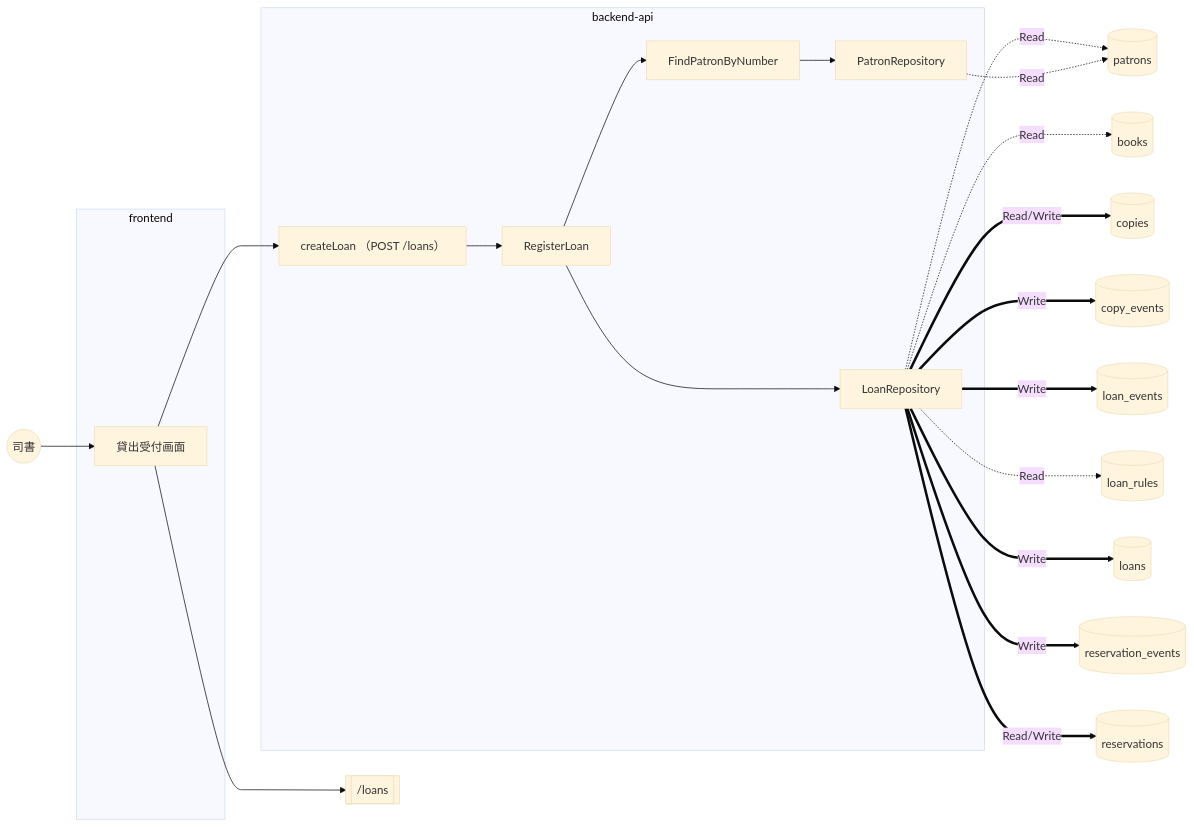
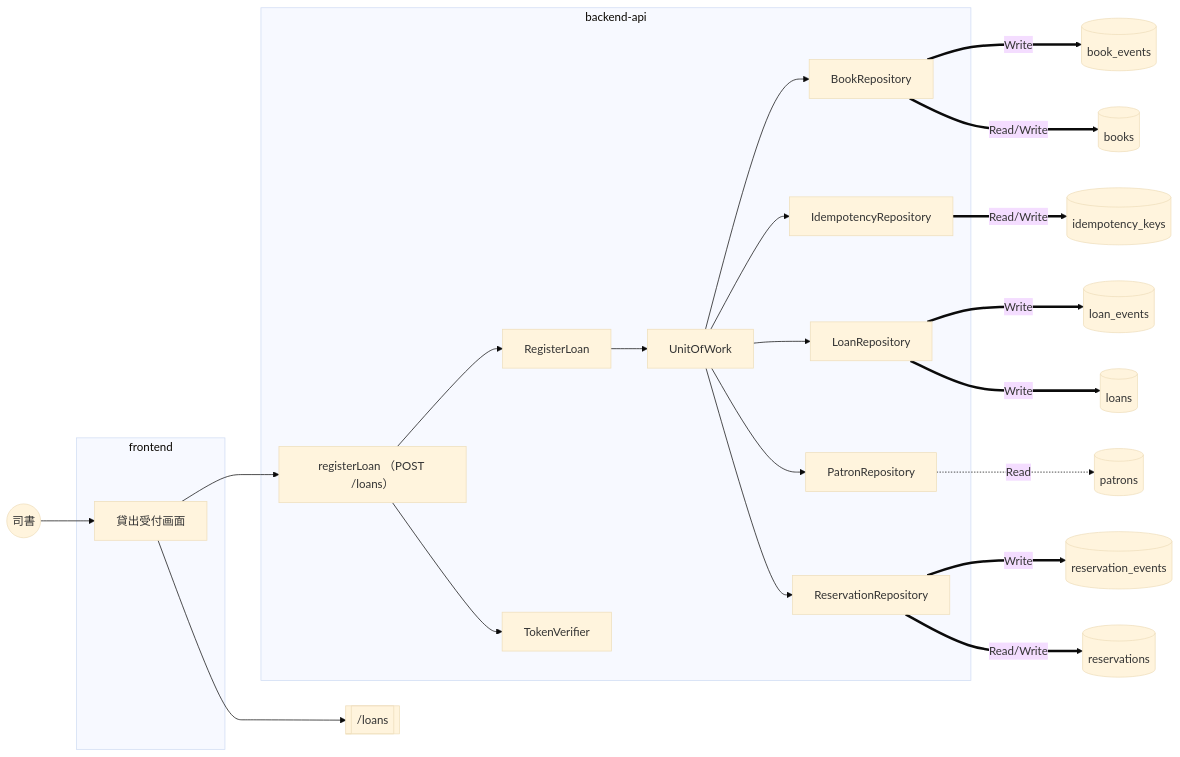
The second of 2 diagrams in samples/distillery2/library-loan/docs/as-built/貸出業務/貸出を登録する/index.md (suwa-sh/suwa-sh-claude-plugins), drawn with Mermaid (base theme) before and after one commit. The commit also changed other lines of this file and 249 other files, not shown here.

````diff
--- a/samples/distillery2/library-loan/docs/as-built/貸出業務/貸出を登録する/index.md
+++ b/samples/distillery2/library-loan/docs/as-built/貸出業務/貸出を登録する/index.md
@@ -109,41 +129,46 @@
 ```mermaid
 flowchart LR
     n0((司書))
-    n6[[/loans]]
-    n8[(books)]
-    n9[(copies)]
-    n10[(copy_events)]
-    n11[(loan_events)]
-    n12[(loan_rules)]
-    n13[(loans)]
-    n14[(patrons)]
-    n15[(reservation_events)]
-    n16[(reservations)]
-    subgraph n17["backend-api"]
-        n1[FindPatronByNumber]
-        n2[LoanRepository]
-        n3[PatronRepository]
-        n4[RegisterLoan]
-        n7[createLoan （POST /loans）]
+    n10[[/loans]]
+    n12[(book_events)]
+    n13[(books)]
+    n14[(idempotency_keys)]
+    n15[(loan_events)]
+    n16[(loans)]
+    n17[(patrons)]
+    n18[(reservation_events)]
+    n19[(reservations)]
+    subgraph n20["backend-api"]
+        n1[BookRepository]
+        n2[IdempotencyRepository]
+        n3[LoanRepository]
+        n4[PatronRepository]
+        n5[RegisterLoan]
+        n6[ReservationRepository]
+        n7[TokenVerifier]
+        n8[UnitOfWork]
+        n11[registerLoan （POST /loans）]
     end
-    subgraph n18["frontend"]
-        n5[貸出受付画面]
+    subgraph n21["frontend"]
+        n9[貸出受付画面]
     end
-    n0 --> n5
-    n1 --> n3
-    n2 -. Read .-> n8
-    n2 == Read/Write ==> n9
-    n2 == Write ==> n10
-    n2 == Write ==> n11
-    n2 -. Read .-> n12
-    n2 == Write ==> n13
-    n2 -. Read .-> n14
-    n2 == Write ==> n15
-    n2 == Read/Write ==> n16
-    n3 -. Read .-> n14
-    n4 --> n1
-    n4 --> n2
-    n5 --> n6
-    n5 --> n7
-    n7 --> n4
+    n0 --> n9
+    n1 == Write ==> n12
+    n1 == Read/Write ==> n13
+    n2 == Read/Write ==> n14
+    n3 == Write ==> n15
+    n3 == Write ==> n16
+    n4 -. Read .-> n17
+    n5 --> n8
+    n6 == Write ==> n18
+    n6 == Read/Write ==> n19
+    n8 --> n1
+    n8 --> n2
+    n8 --> n3
+    n8 --> n4
+    n8 --> n6
+    n9 --> n10
+    n9 --> n11
+    n11 --> n5
+    n11 --> n7
 ```
````
